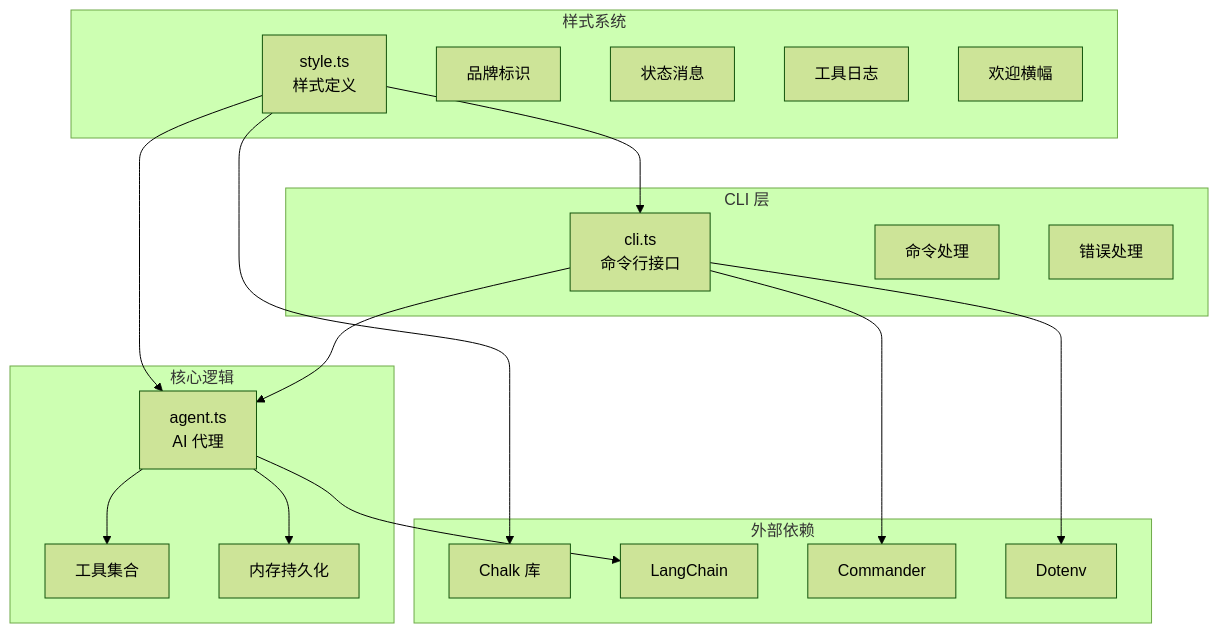
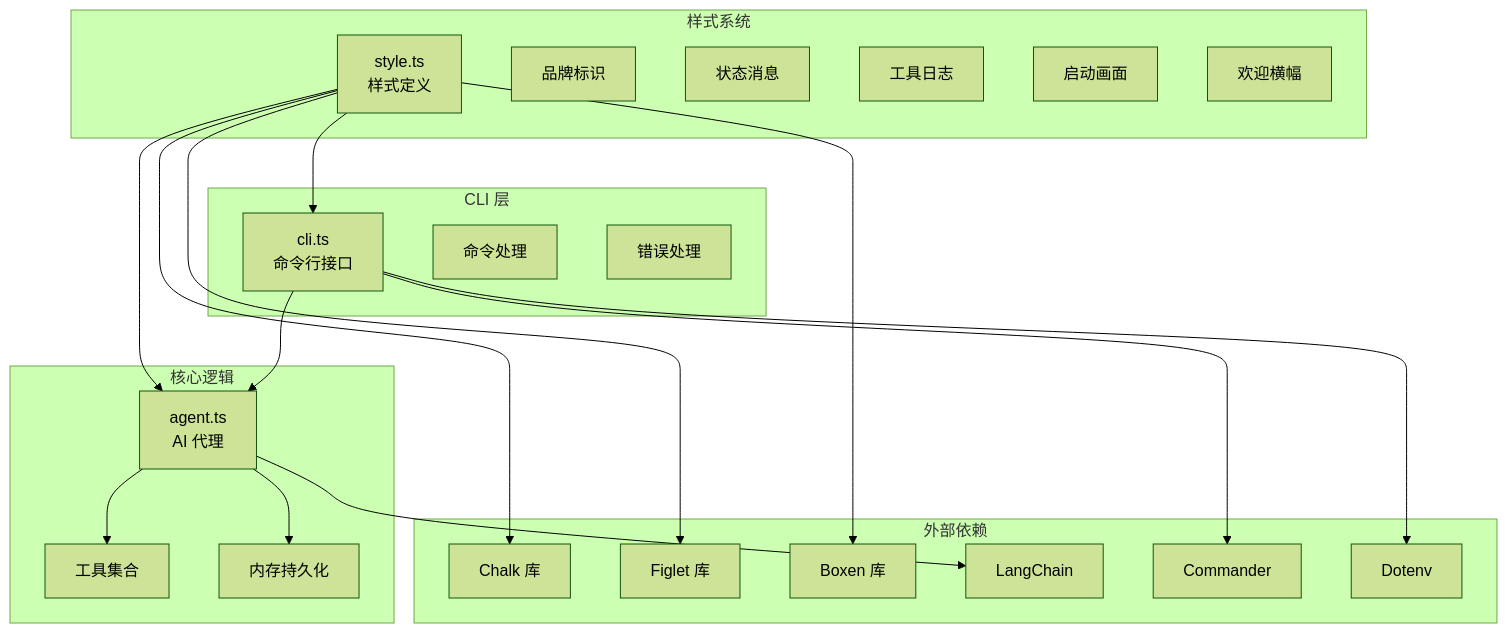
Before and after one commit to HAOFUYANG/onion-code: the first of 7 diagrams in .qoder/repowiki/zh/content/核心代理系统/样式系统.md, drawn with Mermaid (forest theme). The commit also changed other lines of this file and 3 other files, not shown here.

````diff
--- a/.qoder/repowiki/zh/content/核心代理系统/样式系统.md
+++ b/.qoder/repowiki/zh/content/核心代理系统/样式系统.md
@@ -50,35 +54,40 @@
 ```mermaid
 graph TB
 subgraph "样式系统"
 Style[style.ts<br/>样式定义]
 Brand[品牌标识]
 Status[状态消息]
 ToolLog[工具日志]
+Splash[启动画面]
 Banner[欢迎横幅]
 end
 subgraph "CLI 层"
 CLI[cli.ts<br/>命令行接口]
 Commands[命令处理]
 ErrorHandling[错误处理]
 end
 subgraph "核心逻辑"
 Agent[agent.ts<br/>AI 代理]
 Tools[工具集合]
 Memory[内存持久化]
 end
 subgraph "外部依赖"
 Chalk[Chalk 库]
+Figlet[Figlet 库]
+Boxen[Boxen 库]
 LangChain[LangChain]
 Commander[Commander]
 Dotenv[Dotenv]
 end
 Style --> CLI
 Style --> Agent
 CLI --> Agent
 Agent --> Tools
 Agent --> Memory
 Style --> Chalk
+Style --> Figlet
+Style --> Boxen
 Agent --> LangChain
 CLI --> Commander
 CLI --> Dotenv
 ```
````
